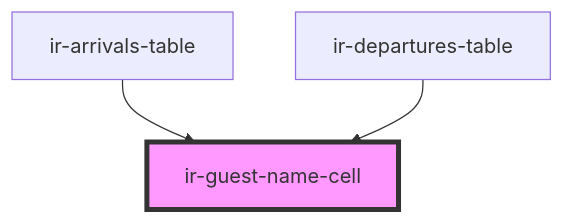
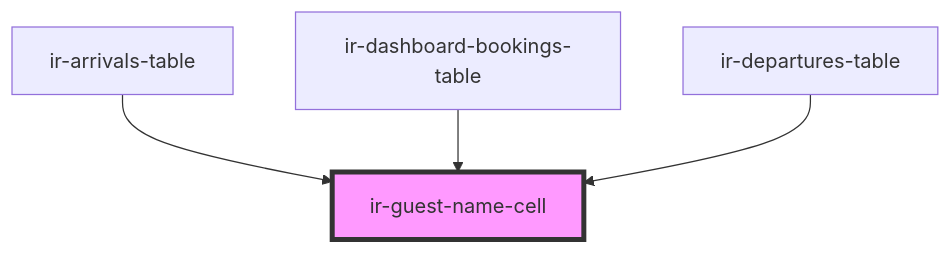
Before and after one commit to RonyRizk/ir-webcmp: the diagram in src/components/table-cells/booking/ir-guest-name-cell/readme.md, drawn with Mermaid. The commit also changed other lines of this file and 76 other files, not shown here.

````diff
--- a/src/components/table-cells/booking/ir-guest-name-cell/readme.md
+++ b/src/components/table-cells/booking/ir-guest-name-cell/readme.md
@@ -23,6 +24,7 @@
 ```mermaid
 graph TD;
   ir-arrivals-table --> ir-guest-name-cell
+  ir-dashboard-bookings-table --> ir-guest-name-cell
   ir-departures-table --> ir-guest-name-cell
   style ir-guest-name-cell fill:#f9f,stroke:#333,stroke-width:4px
 ```
````
